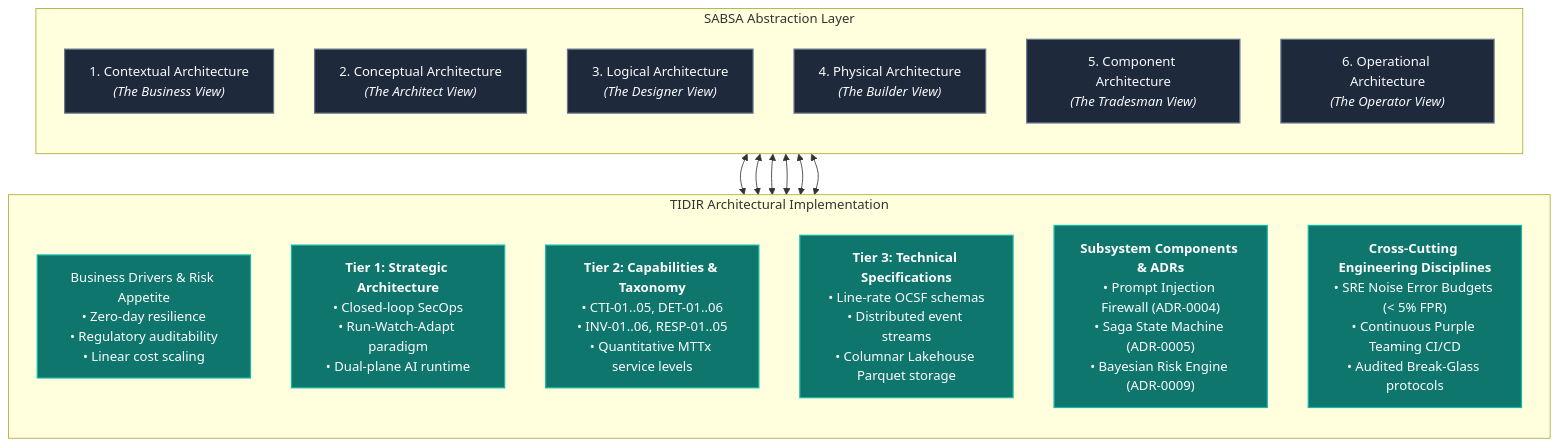
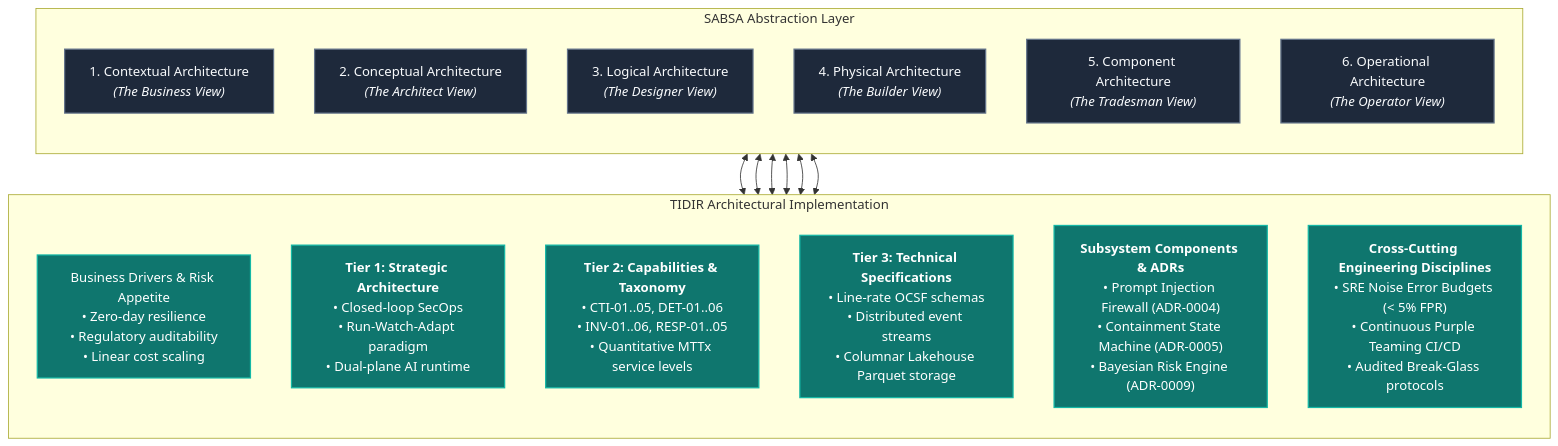
The first of 2 diagrams in docs/adr/0010-sabsa-business-architecture-and-attribute-profiling.md (Haribu/TIDIR), drawn with Mermaid before and after one commit. The commit also changed other lines of this file and 10 other files, not shown here.

Commit message:
refactor(diagrams): harmonize remaining component diagrams to monotonic containment

````diff
--- a/docs/adr/0010-sabsa-business-architecture-and-attribute-profiling.md
+++ b/docs/adr/0010-sabsa-business-architecture-and-attribute-profiling.md
@@ -43,34 +43,34 @@
 ```mermaid
 flowchart TB
     subgraph SABSA["SABSA Abstraction Layer"]
         direction TB
         L1["1. Contextual Architecture<br><i>(The Business View)</i>"]
         L2["2. Conceptual Architecture<br><i>(The Architect View)</i>"]
         L3["3. Logical Architecture<br><i>(The Designer View)</i>"]
         L4["4. Physical Architecture<br><i>(The Builder View)</i>"]
         L5["5. Component Architecture<br><i>(The Tradesman View)</i>"]
         L6["6. Operational Architecture<br><i>(The Operator View)</i>"]
     end
 
     subgraph TIDIR["TIDIR Architectural Implementation"]
         direction TB
         T1["Business Drivers & Risk Appetite<br>• Zero-day resilience<br>• Regulatory auditability<br>• Linear cost scaling"]
         T2["<b>Tier 1: Strategic Architecture</b><br>• Closed-loop SecOps<br>• Run-Watch-Adapt paradigm<br>• Dual-plane AI runtime"]
         T3["<b>Tier 2: Capabilities & Taxonomy</b><br>• CTI-01..05, DET-01..06<br>• INV-01..06, RESP-01..05<br>• Quantitative MTTx service levels"]
         T4["<b>Tier 3: Technical Specifications</b><br>• Line-rate OCSF schemas<br>• Distributed event streams<br>• Columnar Lakehouse Parquet storage"]
-        T5["<b>Subsystem Components & ADRs</b><br>• Prompt Injection Firewall (ADR-0004)<br>• Saga State Machine (ADR-0005)<br>• Bayesian Risk Engine (ADR-0009)"]
+        T5["<b>Subsystem Components & ADRs</b><br>• Prompt Injection Firewall (ADR-0004)<br>• Containment State Machine (ADR-0005)<br>• Bayesian Risk Engine (ADR-0009)"]
         T6["<b>Cross-Cutting Engineering Disciplines</b><br>• SRE Noise Error Budgets (&lt; 5% FPR)<br>• Continuous Purple Teaming CI/CD<br>• Audited Break-Glass protocols"]
     end
 
     L1 <--> T1
     L2 <--> T2
     L3 <--> T3
     L4 <--> T4
     L5 <--> T5
     L6 <--> T6
 
     classDef sabsa fill:#1e293b,stroke:#64748b,stroke-width:1.5px,color:#f8fafc;
     classDef tidir fill:#0f766e,stroke:#14b8a6,stroke-width:1.5px,color:#ffffff;
     class L1,L2,L3,L4,L5,L6 sabsa;
     class T1,T2,T3,T4,T5,T6 tidir;
 ```
````
